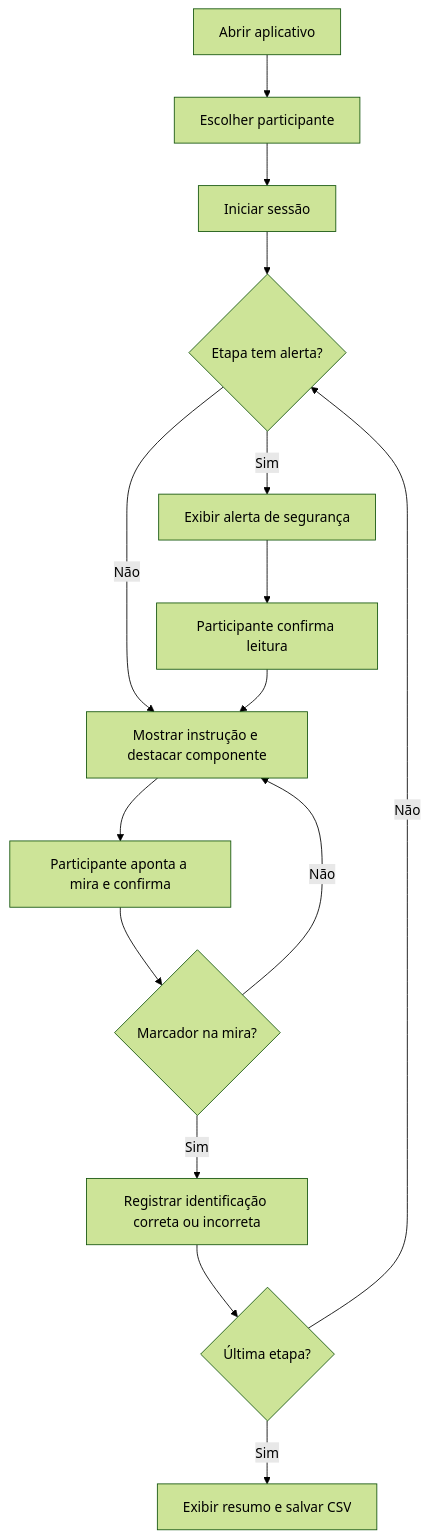
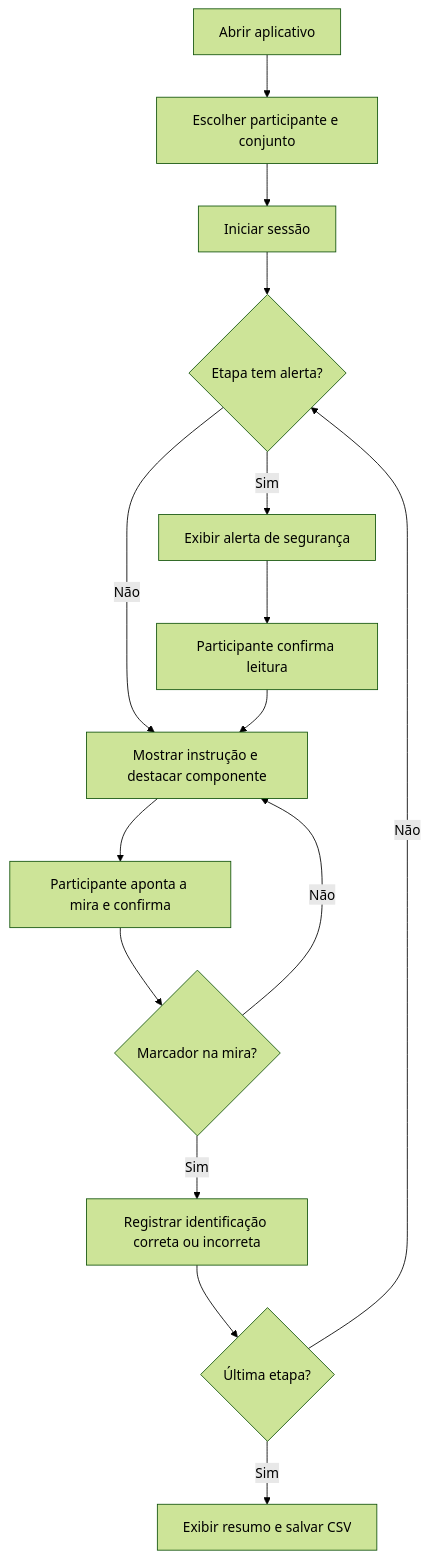
The second of 3 diagrams in README.md (KauanHYT/UPX8---Painel-Eletrico), drawn with Mermaid (forest theme) before and after one commit. The commit also changed other lines of this file and 5 other files, not shown here.

````diff
--- a/README.md
+++ b/README.md
@@ -450,17 +470,17 @@
 ```mermaid
 flowchart TD
-    A[Abrir aplicativo] --> B[Escolher participante]
+    A[Abrir aplicativo] --> B[Escolher participante e conjunto]
     B --> C[Iniciar sessão]
     C --> D{Etapa tem alerta?}
     D -- Sim --> E[Exibir alerta de segurança]
     E --> F[Participante confirma leitura]
     D -- Não --> G[Mostrar instrução e destacar componente]
     F --> G
     G --> H[Participante aponta a mira e confirma]
     H --> I{Marcador na mira?}
     I -- Não --> G
     I -- Sim --> J[Registrar identificação correta ou incorreta]
     J --> K{Última etapa?}
     K -- Não --> D
     K -- Sim --> L[Exibir resumo e salvar CSV]
 ```
````
